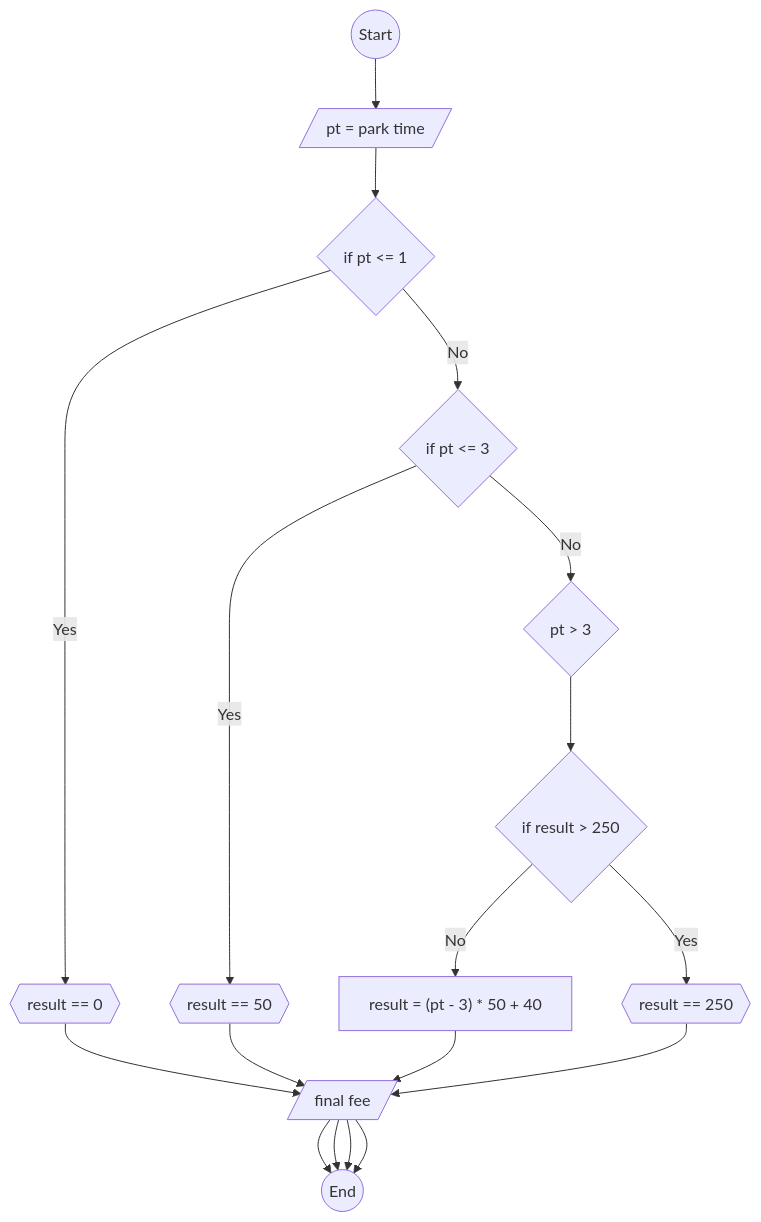
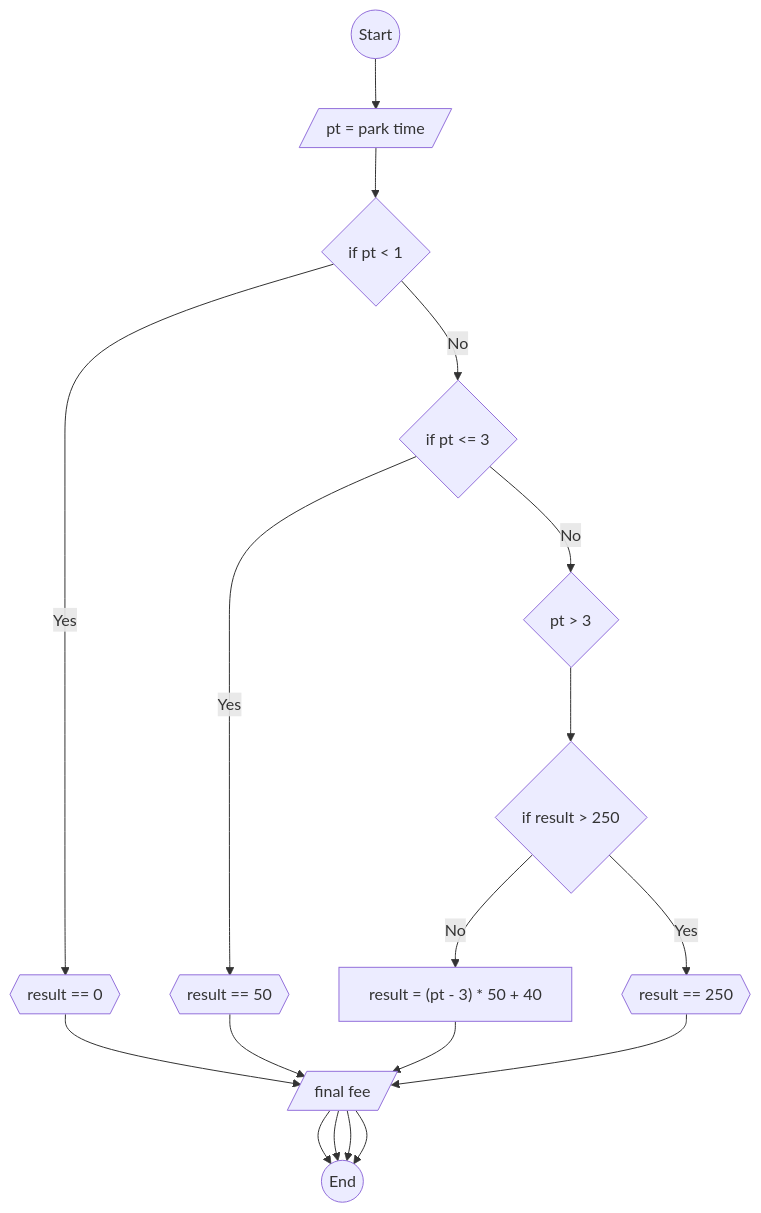
The diagram in Exercise5.md (ihabau/Lexicon-lesson3-flowcharts), drawn with Mermaid before and after one commit.

````diff
--- a/Exercise5.md
+++ b/Exercise5.md
@@ -37,12 +37,12 @@
 ```mermaid
 graph TD
 S((Start)) --> input[/pt = park time/]
-input -->pt0{if pt <= 1} -- Yes --> res1{{result == 0}}
+input -->pt0{if pt < 1} -- Yes --> res1{{result == 0}}
 pt0 -- No --> pt1{if pt <= 3} -- Yes --> res2{{result == 50}}
 pt1 -- No --> pt2{pt > 3} --> pt3{if result > 250} -- No --> res3["result = (pt - 3) * 50 + 40"]
 pt3 -- Yes --> res4{{result == 250}}
 res1 --> out[/final fee/] --> E((End))
 res2 --> out[/final fee/] --> E((End))
 res3 --> out[/final fee/] --> E((End))
 res4 --> out[/final fee/] --> E((End))
 ```
````
